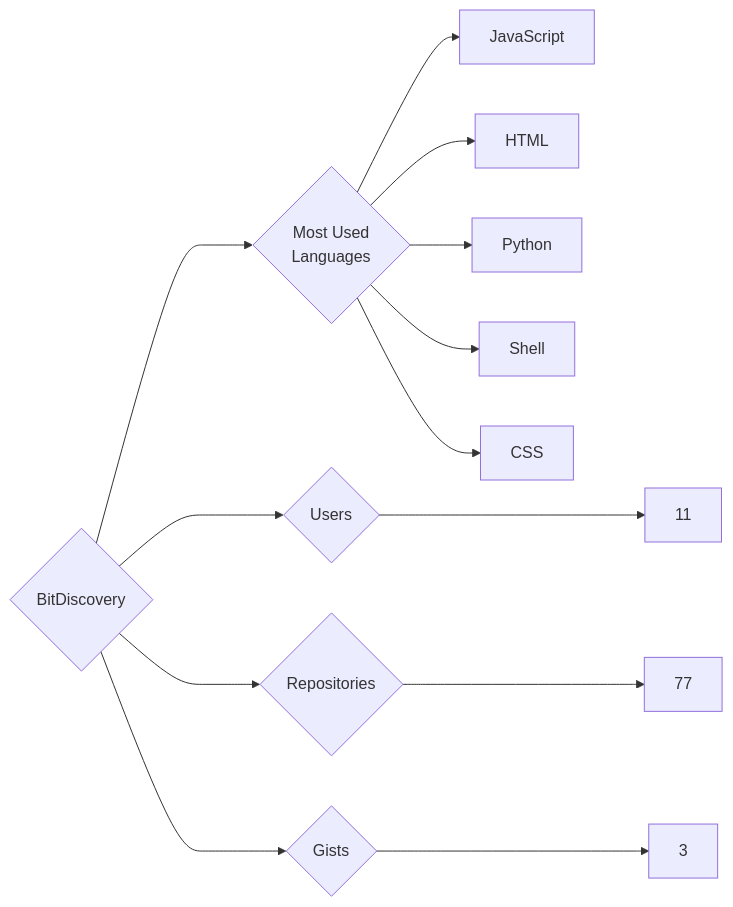
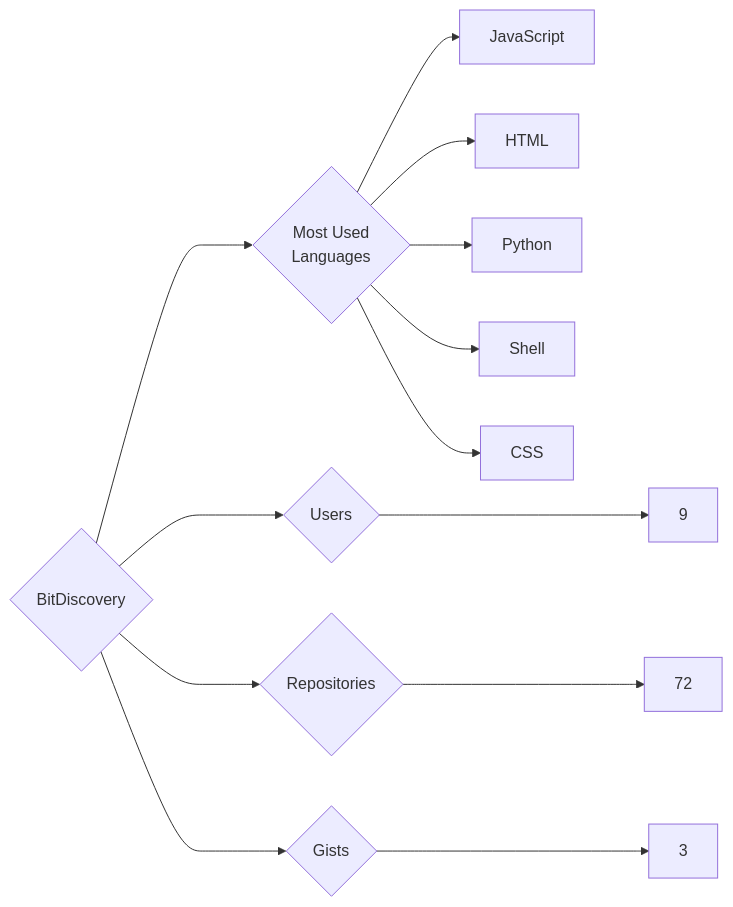
The diagram in targets/BitDiscovery/README.md (trickest/insiders), drawn with Mermaid before and after one commit. The commit also changed 1141 other files, not shown here.

````diff
--- a/targets/BitDiscovery/README.md
+++ b/targets/BitDiscovery/README.md
@@ -3,13 +3,13 @@
 ```mermaid
 graph LR
 COMPANY_NAME{BitDiscovery}
-COMPANY_NAME ---> U{Users} ---> UN[11]
-COMPANY_NAME ---> R{Repositories} ---> RN[77]
+COMPANY_NAME ---> U{Users} ---> UN[9]
+COMPANY_NAME ---> R{Repositories} ---> RN[72]
 COMPANY_NAME ---> G{Gists} ---> GN[3]
 COMPANY_NAME ---> ML{Most Used<br>Languages}
 ML --> JavaScript[JavaScript]
 ML --> HTML[HTML]
 ML --> Python[Python]
 ML --> Shell[Shell]
 ML --> CSS[CSS]
 ```
````
